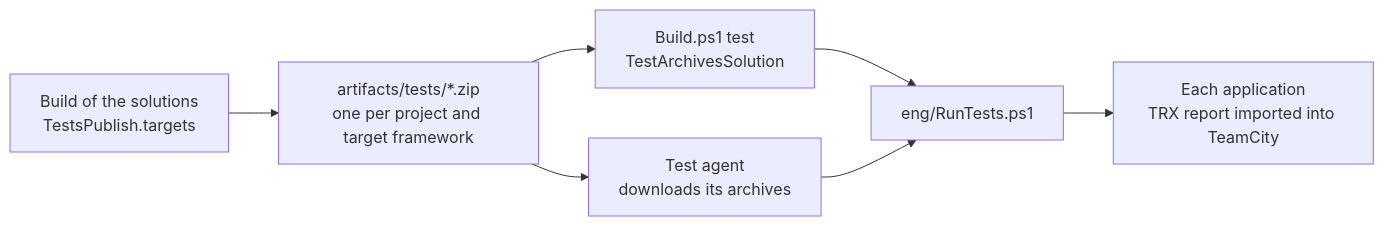
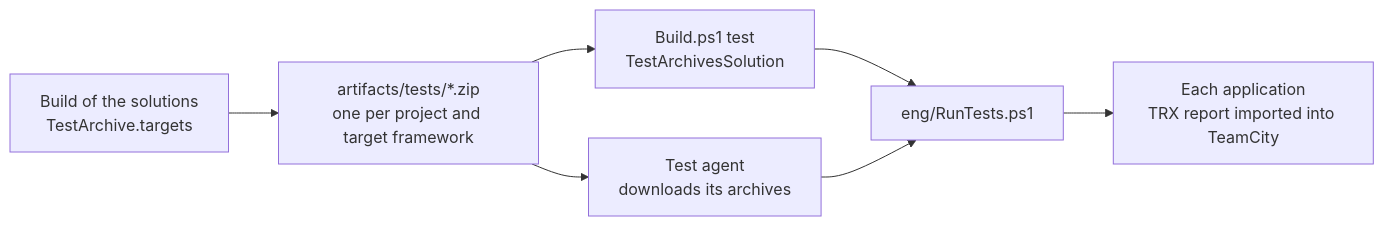
The diagram in doc/test-archives.md (postsharp-ops/PostSharp.Engineering), drawn with Mermaid before and after one commit. The commit also changed other lines of this file and 5 other files, not shown here.

First line of the commit message:
Rename TestsPublish.targets to TestArchive.targets

````diff
--- a/doc/test-archives.md
+++ b/doc/test-archives.md
@@ -20,9 +20,9 @@
 ```mermaid
 flowchart LR
-    B["Build of the solutions<br/>TestsPublish.targets"] --> A["artifacts/tests/*.zip<br/>one per project and target framework"]
+    B["Build of the solutions<br/>TestArchive.targets"] --> A["artifacts/tests/*.zip<br/>one per project and target framework"]
     A --> L["Build.ps1 test<br/>TestArchivesSolution"]
     A --> C["Test agent<br/>downloads its archives"]
     L --> R["eng/RunTests.ps1"]
     C --> R
     R --> T["Each application<br/>TRX report imported into TeamCity"]
 ```
````
